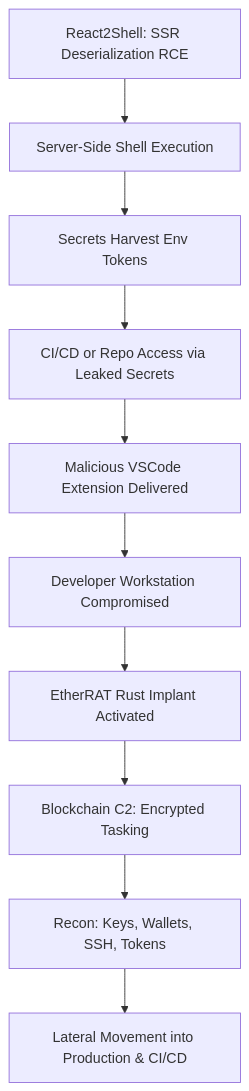
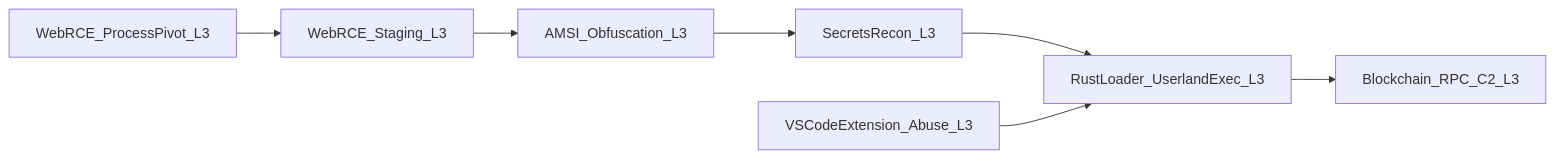
The second of 2 diagrams in React2Shell_EtherRAT_ CVE-2025-55182,_Hunt_Pack_And_Documentation/React2Shell-EtherRAT-Detection-IR-Pack.md (azdabat/THREAT-MODELLING-SOP-Behavioural-Patch-Resistant-TTPs-), drawn with Mermaid before and after one commit. The commit also changed other lines of this file, not shown here.

````diff
--- a/React2Shell_EtherRAT_ CVE-2025-55182,_Hunt_Pack_And_Documentation/React2Shell-EtherRAT-Detection-IR-Pack.md
+++ b/React2Shell_EtherRAT_ CVE-2025-55182,_Hunt_Pack_And_Documentation/React2Shell-EtherRAT-Detection-IR-Pack.md
@@ -51,13 +270,14 @@
 ```mermaid
-flowchart TD
-    A[React2Shell: SSR Deserialization RCE] --> B[Server-Side Shell Execution]
-    B --> C[Secrets Harvest Env Tokens]
-    C --> D[CI/CD or Repo Access via Leaked Secrets]
-    D --> E[Malicious VSCode Extension Delivered]
-    E --> F[Developer Workstation Compromised]
-    F --> G[EtherRAT Rust Implant Activated]
-    G --> H[Blockchain C2: Encrypted Tasking]
-    H --> I[Recon: Keys, Wallets, SSH, Tokens]
-    I --> J[Lateral Movement into Production & CI/CD]
+flowchart LR
 
+A[WebRCE_ProcessPivot_L3]
+B[WebRCE_Staging_L3]
+C[AMSI_Obfuscation_L3]
+D[SecretsRecon_L3]
+E[VSCodeExtension_Abuse_L3]
+F[RustLoader_UserlandExec_L3]
+G[Blockchain_RPC_C2_L3]
+
+A --> B --> C --> D --> F --> G
+E --> F
 ```
````
